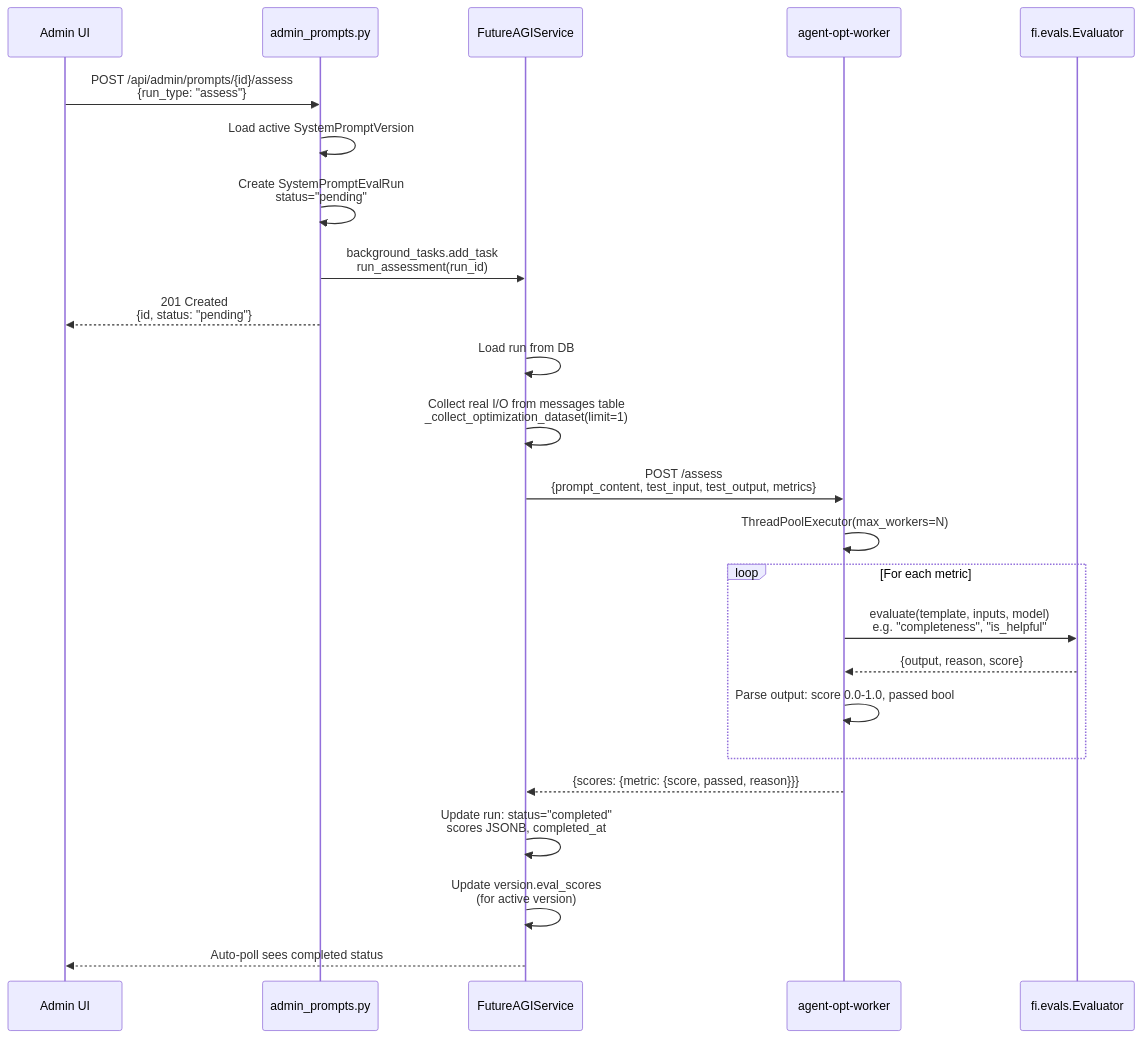
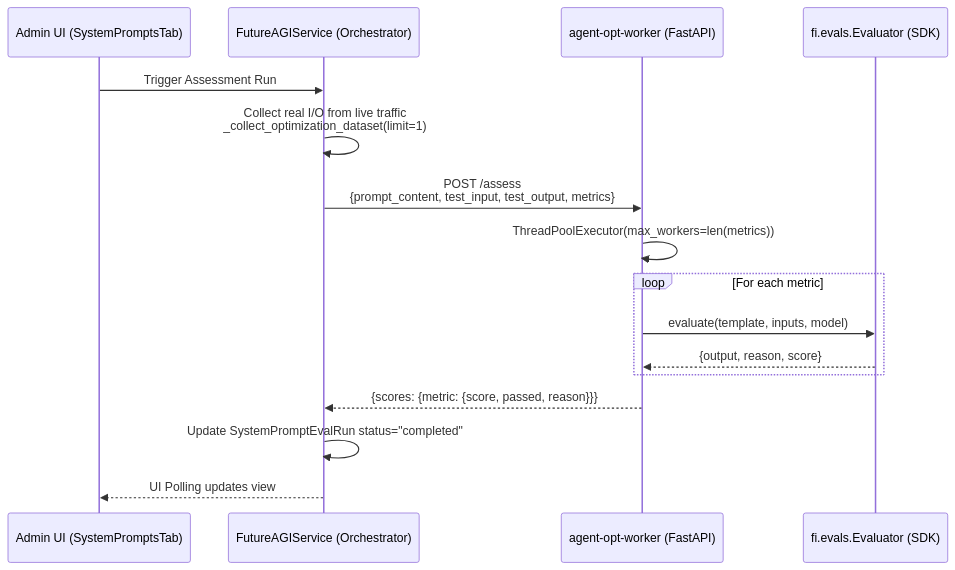
The second of 2 diagrams in docs/prompt-optimization/prompt-evaluation.md (AutomatosAI/automatos-ai), drawn with Mermaid before and after one commit. The commit also changed other lines of this file and 149 other files, not shown here.

Commit message:
docs: refresh documentation with graphify semantic scan

````diff
--- a/docs/prompt-optimization/prompt-evaluation.md
+++ b/docs/prompt-optimization/prompt-evaluation.md
@@ -93,30 +108,21 @@
 ```mermaid
 sequenceDiagram
-    participant Admin as Admin UI
-    participant API as admin_prompts.py
-    participant Service as FutureAGIService
-    participant Worker as agent-opt-worker
-    participant SDK as fi.evals.Evaluator
+    participant Admin as Admin UI (SystemPromptsTab)
+    participant Service as FutureAGIService (Orchestrator)
+    participant Worker as agent-opt-worker (FastAPI)
+    participant SDK as fi.evals.Evaluator (SDK)
     
-    Admin->>API: POST /api/admin/prompts/{id}/assess<br/>{run_type: "assess"}
-    API->>API: Load active SystemPromptVersion
-    API->>API: Create SystemPromptEvalRun<br/>status="pending"
-    API->>Service: background_tasks.add_task<br/>run_assessment(run_id)
-    API-->>Admin: 201 Created<br/>{id, status: "pending"}
-    
-    Service->>Service: Load run from DB
-    Service->>Service: Collect real I/O from messages table<br/>_collect_optimization_dataset(limit=1)
+    Admin->>Service: Trigger Assessment Run
+    Service->>Service: Collect real I/O from live traffic<br/>_collect_optimization_dataset(limit=1)
     Service->>Worker: POST /assess<br/>{prompt_content, test_input, test_output, metrics}
     
-    Worker->>Worker: ThreadPoolExecutor(max_workers=N)
+    Worker->>Worker: ThreadPoolExecutor(max_workers=len(metrics))
     loop For each metric
-        Worker->>SDK: evaluate(template, inputs, model)<br/>e.g. "completeness", "is_helpful"
+        Worker->>SDK: evaluate(template, inputs, model)
         SDK-->>Worker: {output, reason, score}
-        Worker->>Worker: Parse output: score 0.0-1.0, passed bool
     end
     Worker-->>Service: {scores: {metric: {score, passed, reason}}}
     
-    Service->>Service: Update run: status="completed"<br/>scores JSONB, completed_at
-    Service->>Service: Update version.eval_scores<br/>(for active version)
-    Service-->>Admin: Auto-poll sees completed status
+    Service->>Service: Update SystemPromptEvalRun status="completed"
+    Service-->>Admin: UI Polling updates view
 ```
````
